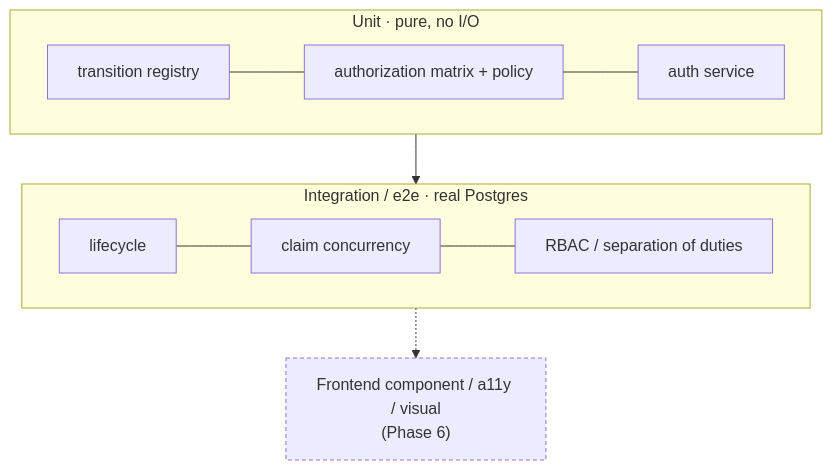
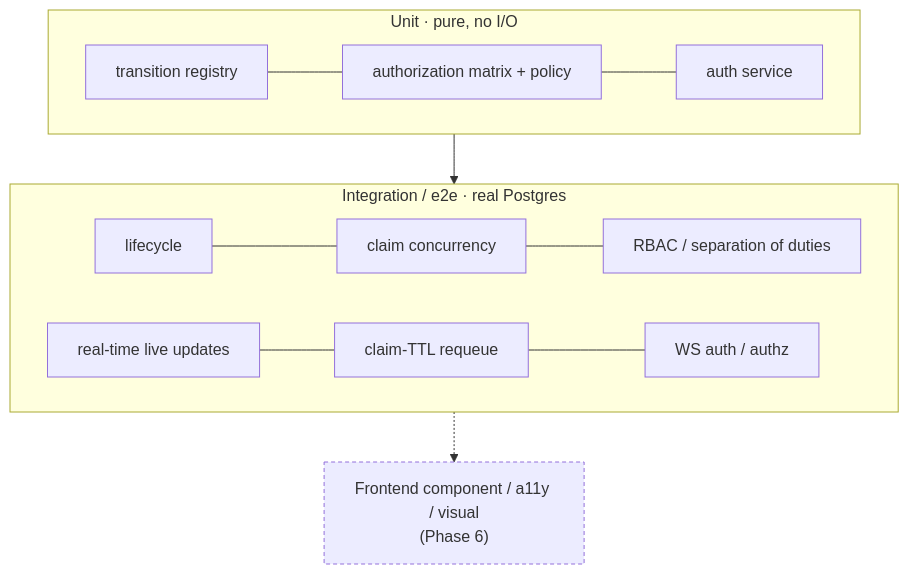
One commit to akritiupreti/virtual-consultation-platform changed the diagram in docs/testing-strategy.md. Above: the diagram before and after it, drawn with Mermaid. The commit also changed other lines of this file and 38 other files, not shown here.

First line of the commit message:
feat: phase 3 real-time & concurrency hardening

````diff
--- a/docs/testing-strategy.md
+++ b/docs/testing-strategy.md
@@ -10,16 +10,17 @@
 ```mermaid
 flowchart TB
     subgraph e2e [Integration / e2e · real Postgres]
         direction LR
         life[lifecycle] --- claim[claim concurrency] --- rbac[RBAC / separation of duties]
+        rt[real-time live updates] --- ttl[claim-TTL requeue] --- wsauth[WS auth / authz]
     end
     subgraph unit [Unit · pure, no I/O]
         direction LR
         tr[transition registry] --- mx[authorization matrix + policy] --- au[auth service]
     end
     unit --> e2e
     e2e -.-> ui["Frontend component / a11y / visual<br/>(Phase 6)"]
 
     classDef later stroke-dasharray: 4 3;
     class ui later
 ```
````
